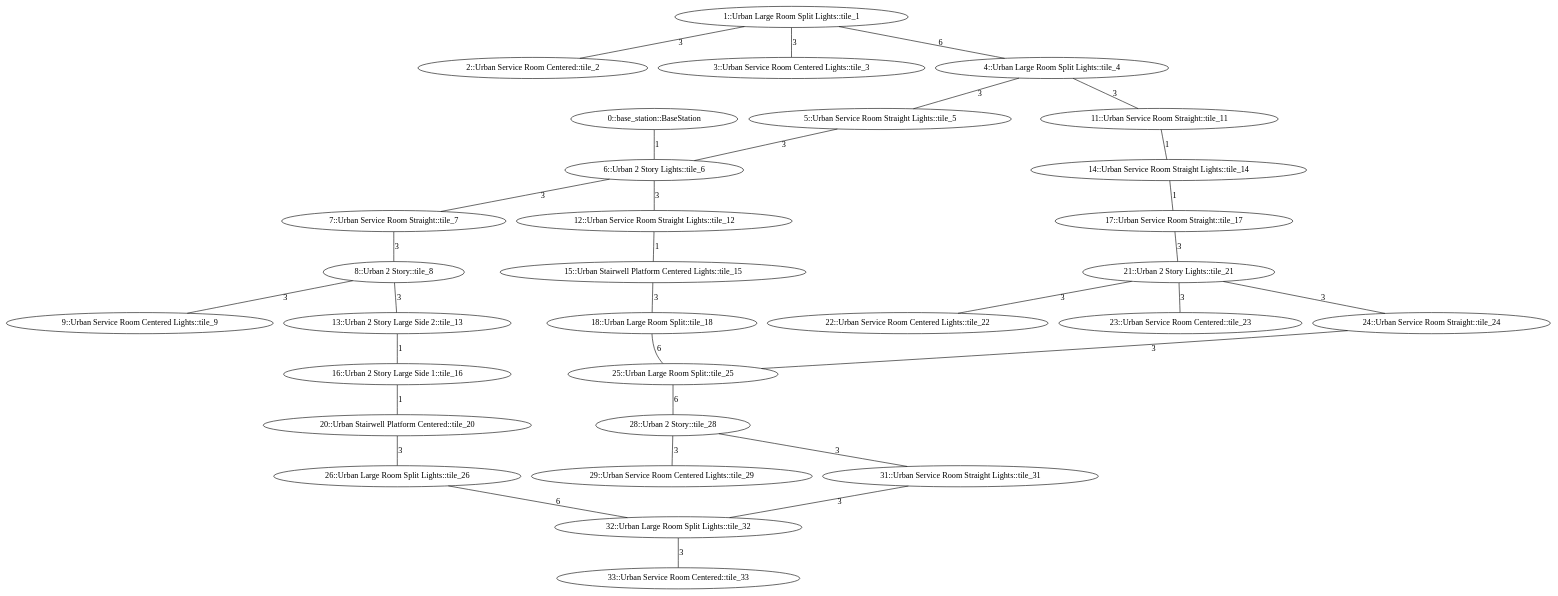
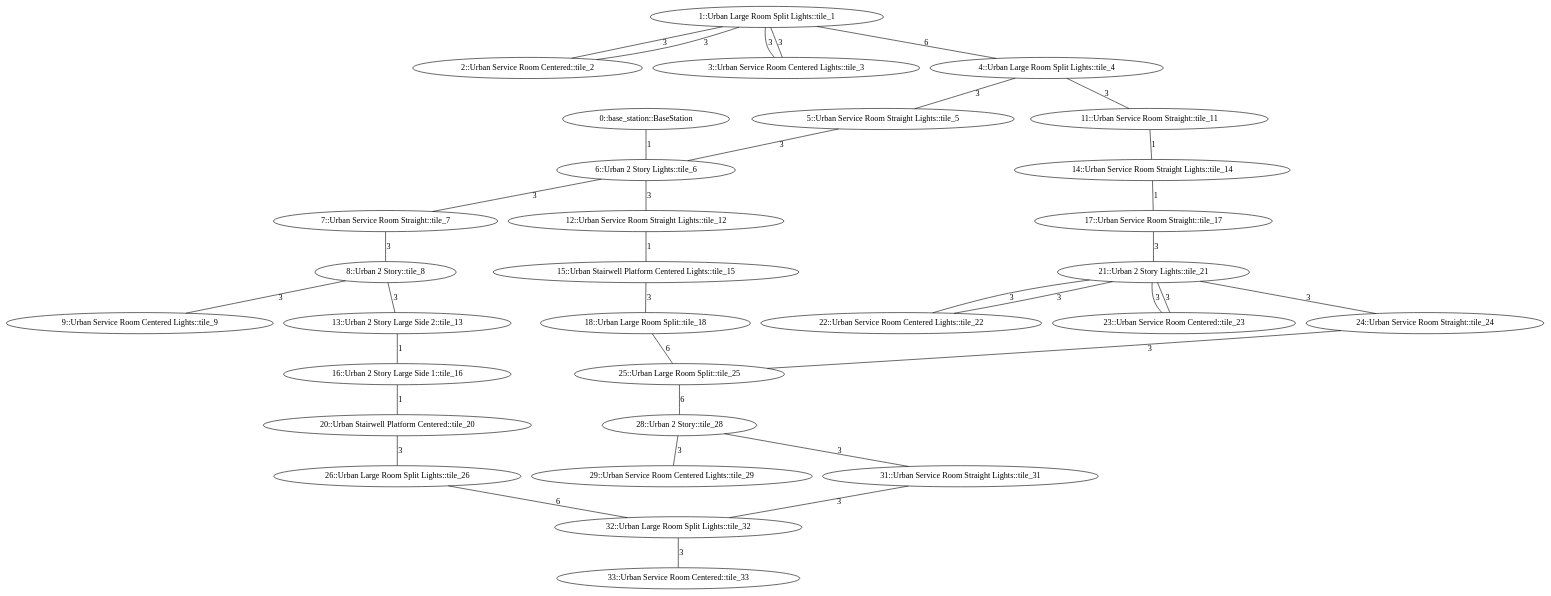
One commit to osrf/subt changed the diagram in subt_ign/worlds/urban_circuit_practice_03.dot. Above: the diagram before and after it, drawn with Graphviz. The commit also changed 3 other files, not shown here.

```diff
--- a/subt_ign/worlds/urban_circuit_practice_03.dot
+++ b/subt_ign/worlds/urban_circuit_practice_03.dot
@@ -1,75 +1,79 @@
 /* Visibility graph for urban_circuit_practice_03.tsv */
 /* Generated with the tile_tsv.py script: */
 /*   tile_tsv.py urban_circuit_practice_03.tsv -\-graph-file urban_circuit_practice_03.dot -\-world-file urban_circuit_practice_03.sdf -\-world-name urban_circuit_practice_03 -\-scale_x 40 -\-scale_y 40 -\-urban -\-y0 24 -\-x0 -136 -\-z0 11 -\-level_type row_col */
 
 graph {
   /* ==== Vertices ==== */
 
   /* Base station / Staging area */
   0   [label="0::base_station::BaseStation"];
 
   1   [label="1::Urban Large Room Split Lights::tile_1"];
   2   [label="2::Urban Service Room Centered::tile_2"];
   3   [label="3::Urban Service Room Centered Lights::tile_3"];
   4   [label="4::Urban Large Room Split Lights::tile_4"];
   5   [label="5::Urban Service Room Straight Lights::tile_5"];
   6   [label="6::Urban 2 Story Lights::tile_6"];
   7   [label="7::Urban Service Room Straight::tile_7"];
   8   [label="8::Urban 2 Story::tile_8"];
   9   [label="9::Urban Service Room Centered Lights::tile_9"];
   11  [label="11::Urban Service Room Straight::tile_11"];
   12  [label="12::Urban Service Room Straight Lights::tile_12"];
   13  [label="13::Urban 2 Story Large Side 2::tile_13"];
   14  [label="14::Urban Service Room Straight Lights::tile_14"];
   15  [label="15::Urban Stairwell Platform Centered Lights::tile_15"];
   16  [label="16::Urban 2 Story Large Side 1::tile_16"];
   17  [label="17::Urban Service Room Straight::tile_17"];
   18  [label="18::Urban Large Room Split::tile_18"];
   20  [label="20::Urban Stairwell Platform Centered::tile_20"];
   21  [label="21::Urban 2 Story Lights::tile_21"];
   22  [label="22::Urban Service Room Centered Lights::tile_22"];
   23  [label="23::Urban Service Room Centered::tile_23"];
   24  [label="24::Urban Service Room Straight::tile_24"];
   25  [label="25::Urban Large Room Split::tile_25"];
   26  [label="26::Urban Large Room Split Lights::tile_26"];
   28  [label="28::Urban 2 Story::tile_28"];
   29  [label="29::Urban Service Room Centered Lights::tile_29"];
   31  [label="31::Urban Service Room Straight Lights::tile_31"];
   32  [label="32::Urban Large Room Split Lights::tile_32"];
   33  [label="33::Urban Service Room Centered::tile_33"];
 
   /* ==== Edges ==== */
 
   /* Base station */
   0  -- 6   [label=1];
   1  -- 4   [label=6];  /* Intersection */
   4  -- 5   [label=3];  /* Intersection */
   4  -- 11  [label=3];  /* Intersection */
   5  -- 6   [label=3];  /* Intersection */
   6  -- 7   [label=3];  /* Intersection */
   6  -- 12  [label=3];  /* Intersection */
   7  -- 8   [label=3];  /* Intersection */
   8  -- 13  [label=3];  /* Intersection */
   11 -- 14  [label=1];
   12 -- 15  [label=1];
   13 -- 16  [label=1];
   14 -- 17  [label=1];
   15 -- 18  [label=3];  /* Intersection */
   16 -- 20  [label=1];
   17 -- 21  [label=3];  /* Intersection */
   18 -- 25  [label=6];  /* Intersection */
   20 -- 26  [label=3];  /* Intersection */
   21 -- 24  [label=3];  /* Intersection */
   24 -- 25  [label=3];  /* Intersection */
   25 -- 28  [label=6];  /* Intersection */
   26 -- 32  [label=6];  /* Intersection */
   28 -- 31  [label=3];  /* Intersection */
   31 -- 32  [label=3];  /* Intersection */
   1  -- 2   [label=3];  /* Intersection */
   1  -- 3   [label=3];  /* Intersection */
+  1  -- 2   [label=3];  /* Intersection */
+  1  -- 3   [label=3];  /* Intersection */
   8  -- 9   [label=3];  /* Intersection */
+  21 -- 22  [label=3];  /* Intersection */
+  21 -- 23  [label=3];  /* Intersection */
   21 -- 22  [label=3];  /* Intersection */
   21 -- 23  [label=3];  /* Intersection */
   28 -- 29  [label=3];  /* Intersection */
   32 -- 33  [label=3];  /* Intersection */
 }
```
